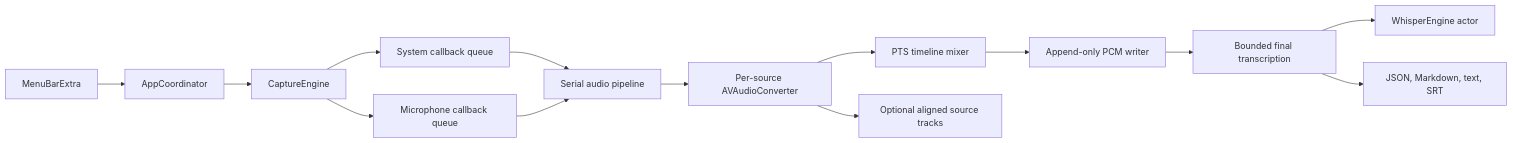
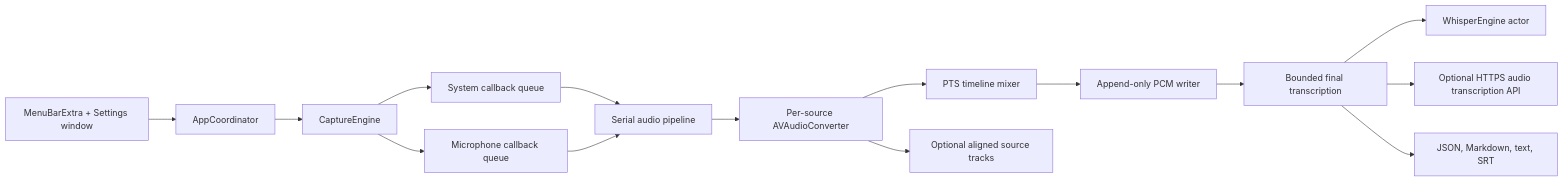
Before and after one commit to stianfro/hae: the diagram in docs/ARCHITECTURE.md, drawn with Mermaid. The commit also changed other lines of this file and 27 other files, not shown here.

Commit message:
feat: add hosted transcription and standalone settings

````diff
--- a/docs/ARCHITECTURE.md
+++ b/docs/ARCHITECTURE.md
@@ -5,16 +5,17 @@
 ```mermaid
 flowchart LR
-    UI["MenuBarExtra"] --> Coordinator["AppCoordinator"]
+    UI["MenuBarExtra + Settings window"] --> Coordinator["AppCoordinator"]
     Coordinator --> Capture["CaptureEngine"]
     Capture --> System["System callback queue"]
     Capture --> Microphone["Microphone callback queue"]
     System --> Pipeline["Serial audio pipeline"]
     Microphone --> Pipeline
     Pipeline --> Converter["Per-source AVAudioConverter"]
     Converter --> Mixer["PTS timeline mixer"]
     Converter --> SourceTracks["Optional aligned source tracks"]
     Mixer --> PCM["Append-only PCM writer"]
     PCM --> Final["Bounded final transcription"]
     Final --> Whisper["WhisperEngine actor"]
+    Final --> Hosted["Optional HTTPS audio transcription API"]
     Final --> Exports["JSON, Markdown, text, SRT"]
 ```
````
